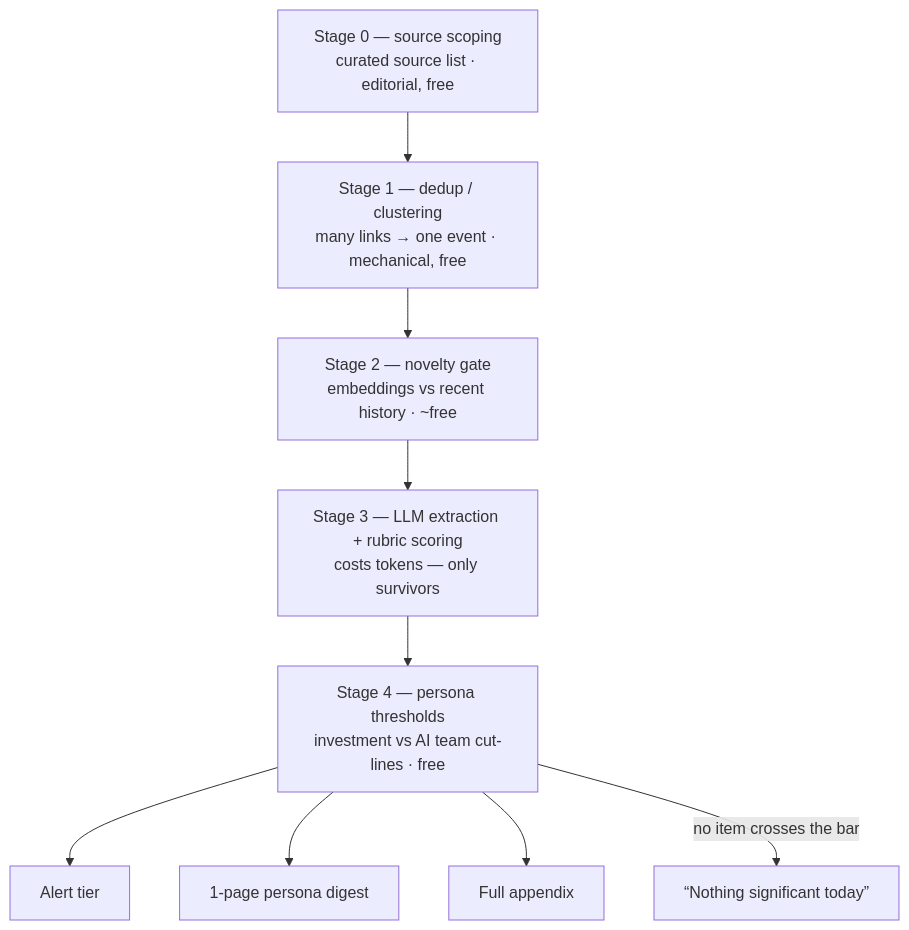
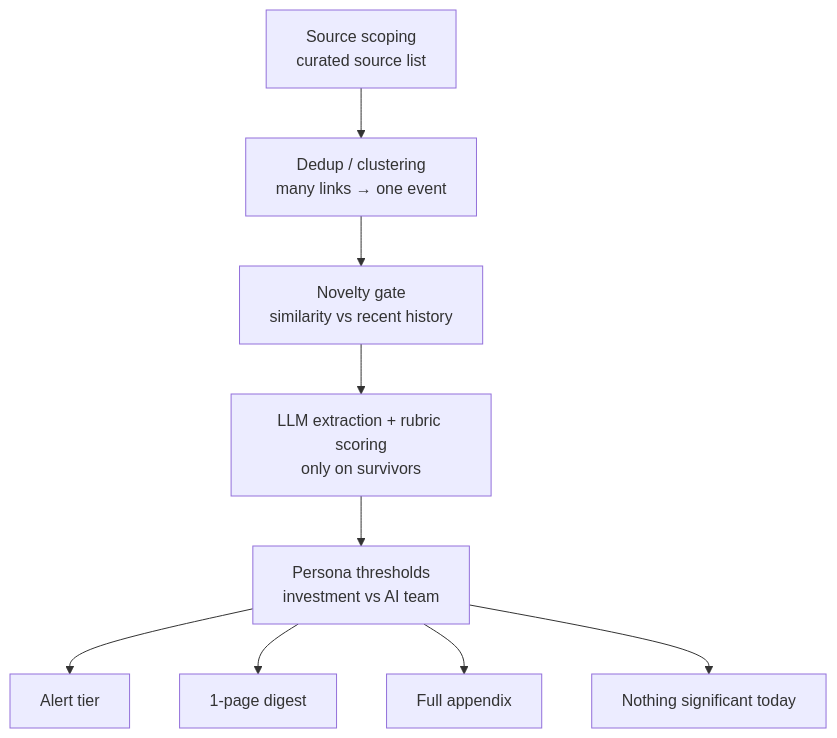
Before and after one commit to AdithyanI/frontier-lab-intelligence: the second of 3 diagrams in docs/architecture/overview.md, drawn with Mermaid. The commit also changed other lines of this file and 20 other files, not shown here.

````diff
--- a/docs/architecture/overview.md
+++ b/docs/architecture/overview.md
@@ -49,16 +66,16 @@
 ```mermaid
 flowchart TD
-    S0[Stage 0 — source scoping<br/>curated source list · editorial, free]
-    S1[Stage 1 — dedup / clustering<br/>many links → one event · mechanical, free]
-    S2[Stage 2 — novelty gate<br/>embeddings vs recent history · ~free]
-    S3[Stage 3 — LLM extraction + rubric scoring<br/>costs tokens — only survivors]
-    S4[Stage 4 — persona thresholds<br/>investment vs AI team cut-lines · free]
+    S0[Source scoping<br/>curated source list]
+    S1[Dedup / clustering<br/>many links → one event]
+    S2[Novelty gate<br/>similarity vs recent history]
+    S3[LLM extraction + rubric scoring<br/>only on survivors]
+    S4[Persona thresholds<br/>investment vs AI team]
     OUT1[Alert tier]
-    OUT2[1-page persona digest]
+    OUT2[1-page digest]
     OUT3[Full appendix]
-    NONE[“Nothing significant today”]
+    NONE[Nothing significant today]
 
     S0 --> S1 --> S2 --> S3 --> S4
     S4 --> OUT1 & OUT2 & OUT3
-    S4 -->|no item crosses the bar| NONE
+    S4 --> NONE
 ```
````
